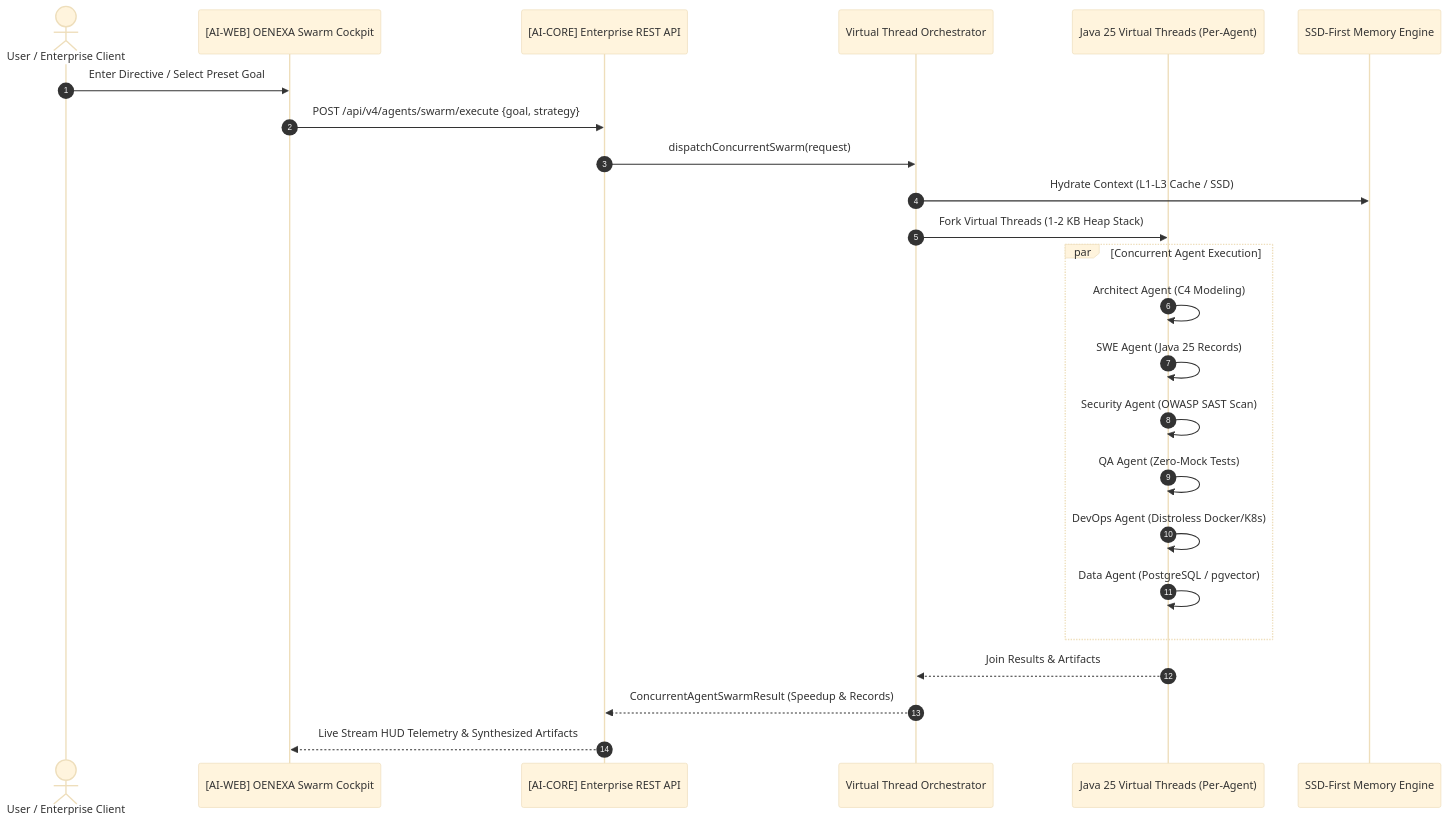
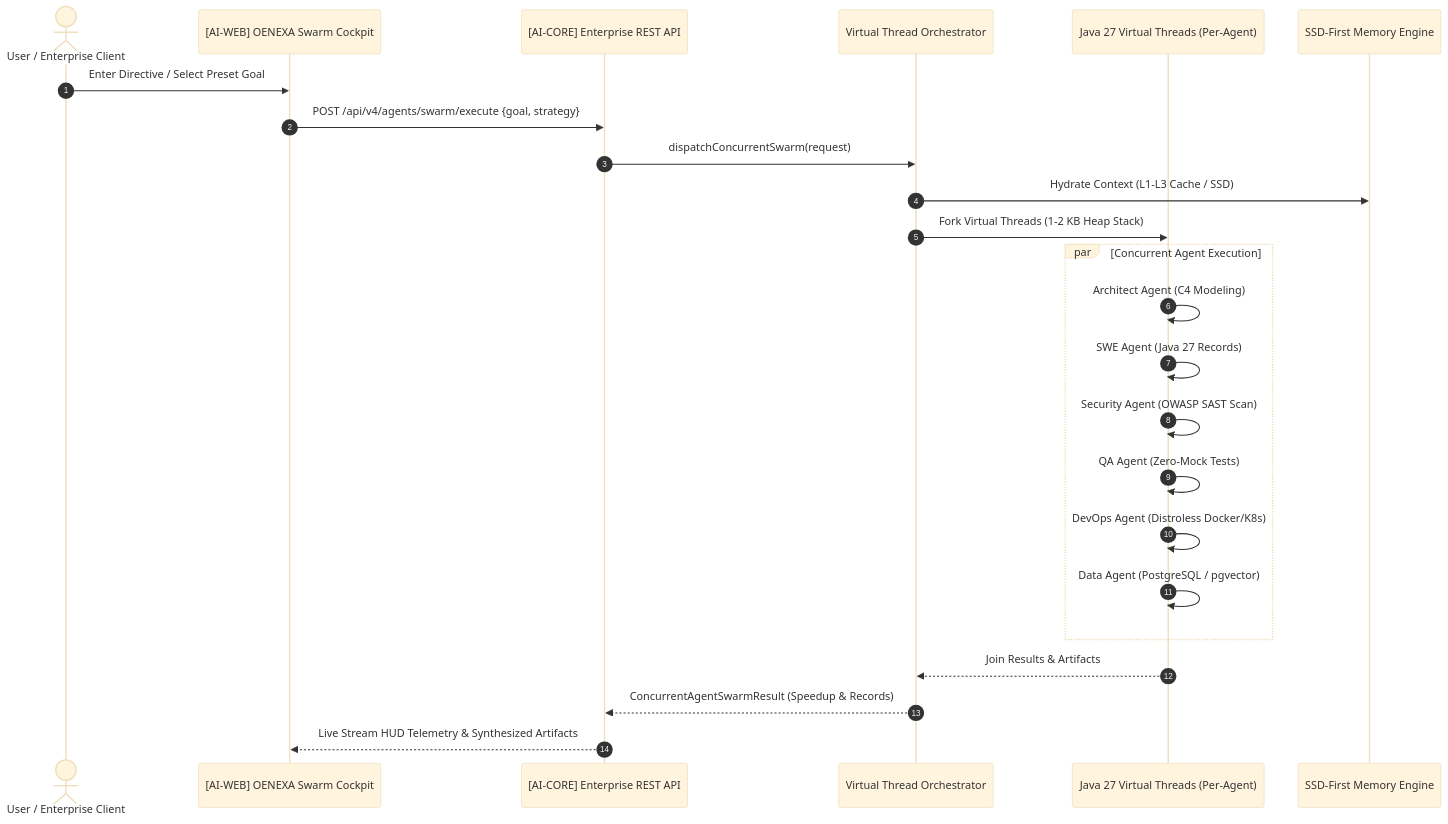
The diagram in DEVELOPMENT_NOTES.md (oenexa/oenexa-ai-core), drawn with Mermaid (base theme) before and after one commit. The commit also changed other lines of this file and 55 other files, not shown here.

````diff
--- a/DEVELOPMENT_NOTES.md
+++ b/DEVELOPMENT_NOTES.md
@@ -17,27 +17,27 @@
 ```mermaid
 sequenceDiagram
     autonumber
     actor User as User / Enterprise Client
     participant UI as [AI-WEB] OENEXA Swarm Cockpit
     participant API as [AI-CORE] Enterprise REST API
     participant Orch as Virtual Thread Orchestrator
-    participant VThreads as Java 25 Virtual Threads (Per-Agent)
+    participant VThreads as Java 27 Virtual Threads (Per-Agent)
     participant Memory as SSD-First Memory Engine
 
     User->>UI: Enter Directive / Select Preset Goal
     UI->>API: POST /api/v4/agents/swarm/execute {goal, strategy}
     API->>Orch: dispatchConcurrentSwarm(request)
     Orch->>Memory: Hydrate Context (L1-L3 Cache / SSD)
     Orch->>VThreads: Fork Virtual Threads (1-2 KB Heap Stack)
     par Concurrent Agent Execution
         VThreads->>VThreads: Architect Agent (C4 Modeling)
-        VThreads->>VThreads: SWE Agent (Java 25 Records)
+        VThreads->>VThreads: SWE Agent (Java 27 Records)
         VThreads->>VThreads: Security Agent (OWASP SAST Scan)
         VThreads->>VThreads: QA Agent (Zero-Mock Tests)
         VThreads->>VThreads: DevOps Agent (Distroless Docker/K8s)
         VThreads->>VThreads: Data Agent (PostgreSQL / pgvector)
     end
     VThreads-->>Orch: Join Results & Artifacts
     Orch-->>API: ConcurrentAgentSwarmResult (Speedup & Records)
     API-->>UI: Live Stream HUD Telemetry & Synthesized Artifacts
 ```
````
